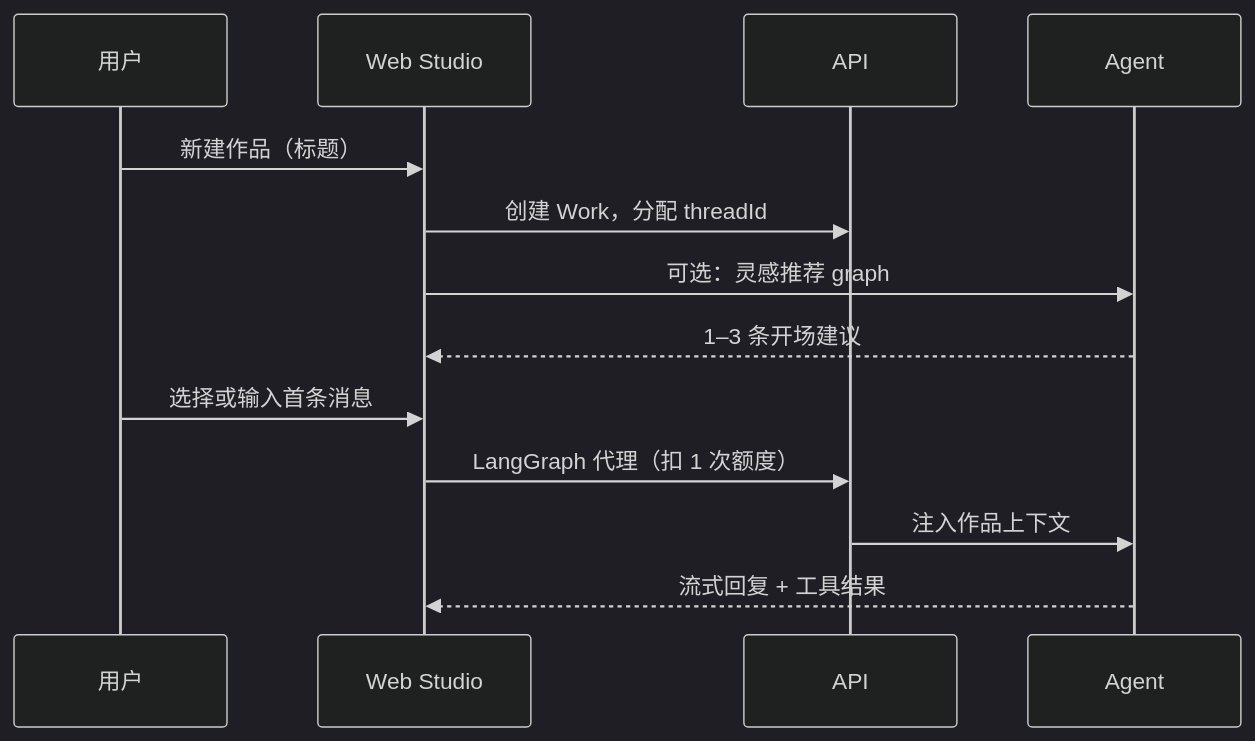
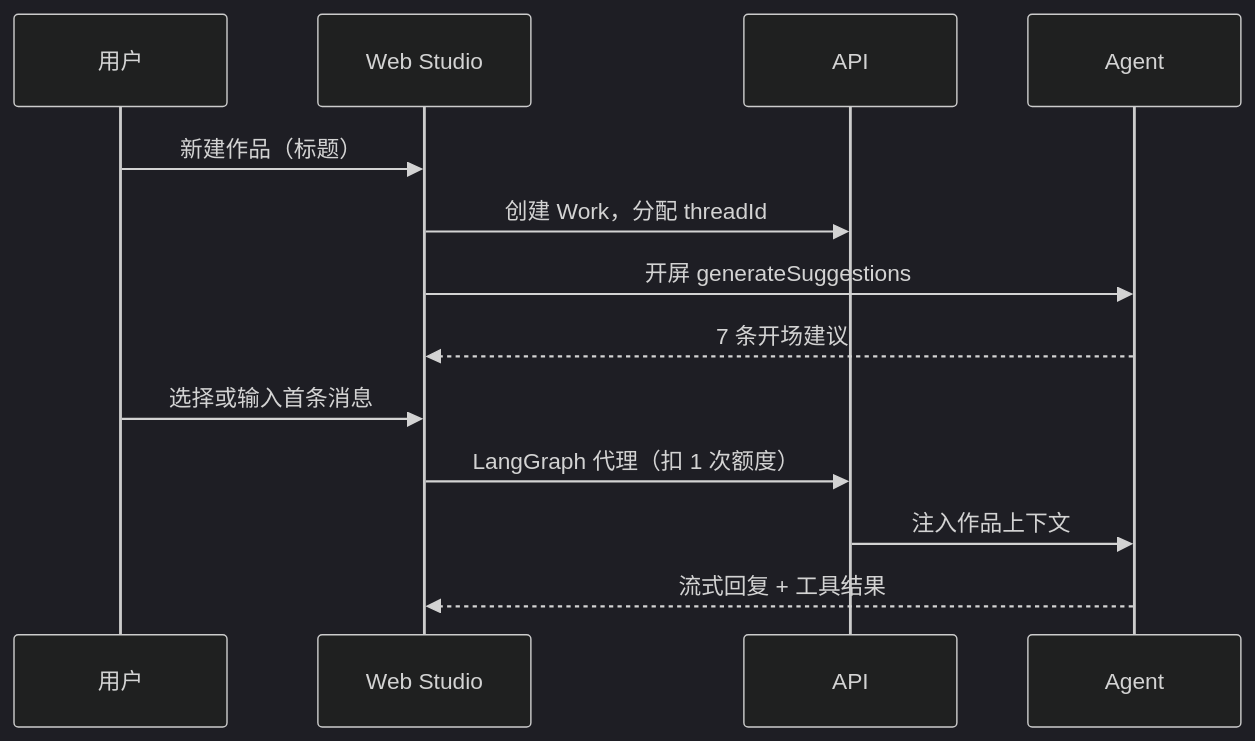
Before and after one commit to yizhao6985-ai/yougan: the second of 2 diagrams in docs/business/user-journeys.md, drawn with Mermaid (dark theme). The commit also changed other lines of this file and 145 other files, not shown here.

````diff
--- a/docs/business/user-journeys.md
+++ b/docs/business/user-journeys.md
@@ -46,16 +46,16 @@
 ```mermaid
 sequenceDiagram
   participant U as 用户
   participant W as Web Studio
   participant A as API
   participant G as Agent
 
   U->>W: 新建作品（标题）
   W->>A: 创建 Work，分配 threadId
-  W->>G: 可选：灵感推荐 graph
-  G-->>W: 1–3 条开场建议
+  W->>G: 开屏 generateSuggestions
+  G-->>W: 7 条开场建议
   U->>W: 选择或输入首条消息
   W->>A: LangGraph 代理（扣 1 次额度）
   A->>G: 注入作品上下文
   G-->>W: 流式回复 + 工具结果
 ```
````
